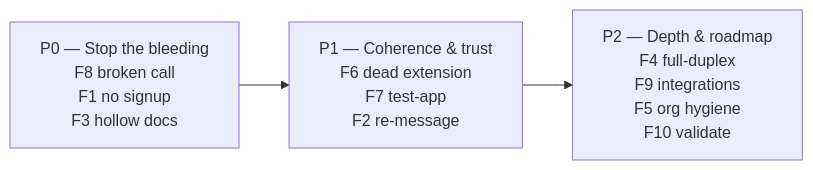
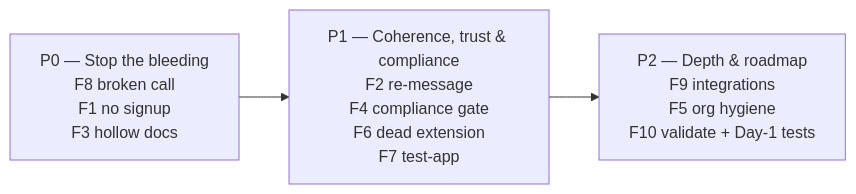
Before and after one commit to rohanbalu05/Vocallabs-assignment-application-teardown: the diagram in frameworks/prioritization-matrix.md, drawn with Mermaid. The commit also changed other lines of this file and 2 other files, not shown here.

Commit message:
Revise: add India compliance finding (F4), Founder's Lens + Day-1 validation sections, rebalance F2 as constructive, sharpen F8; reprioritise (F4 \u2192 P1), move barge-in to validation plan

````diff
--- a/frameworks/prioritization-matrix.md
+++ b/frameworks/prioritization-matrix.md
@@ -22,5 +24,5 @@
 ```mermaid
 flowchart LR
-    P0["P0 — Stop the bleeding\nF8 broken call\nF1 no signup\nF3 hollow docs"] --> P1["P1 — Coherence & trust\nF6 dead extension\nF7 test-app\nF2 re-message"]
-    P1 --> P2["P2 — Depth & roadmap\nF4 full-duplex\nF9 integrations\nF5 org hygiene\nF10 validate"]
+    P0["P0 — Stop the bleeding\nF8 broken call\nF1 no signup\nF3 hollow docs"] --> P1["P1 — Coherence, trust & compliance\nF2 re-message\nF4 compliance gate\nF6 dead extension\nF7 test-app"]
+    P1 --> P2["P2 — Depth & roadmap\nF9 integrations\nF5 org hygiene\nF10 validate + Day-1 tests"]
 ```
````
